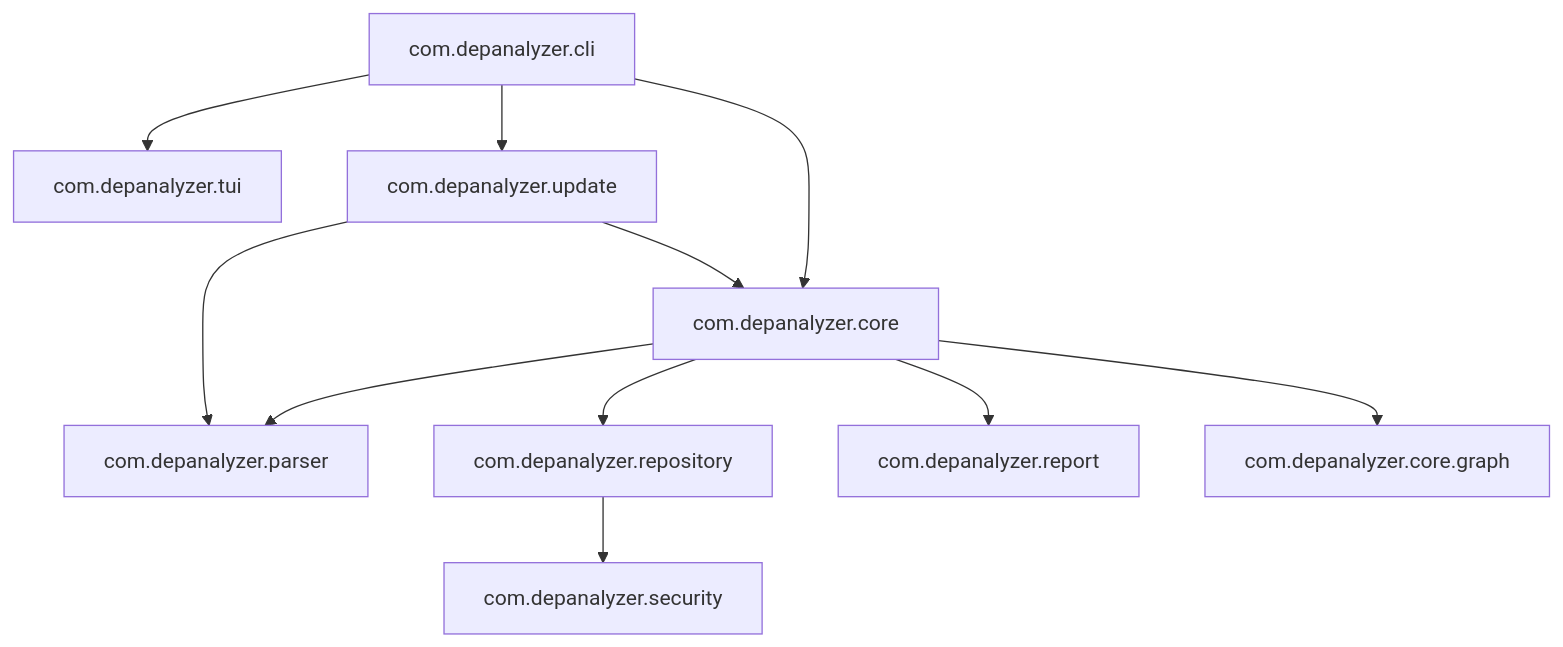
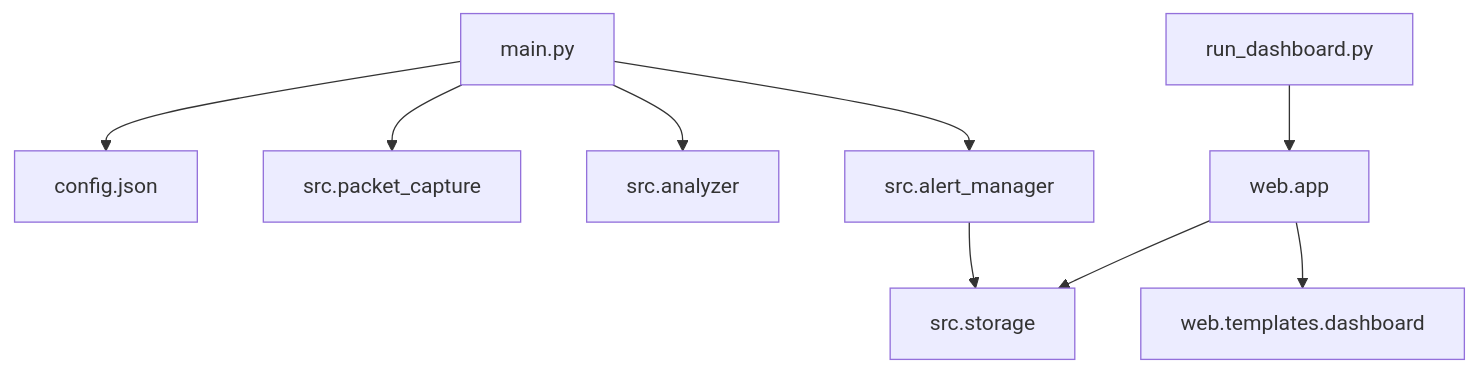
Before and after one commit to diegochara2019065026/proyecto-si784-2026-i-u1-ids: the fourth of 8 diagrams in docs/FD03-Informe-Especificación Requerimientos.md, drawn with Mermaid. The commit also changed other lines of this file, not shown here.

````diff
--- a/docs/FD03-Informe-Especificación Requerimientos.md
+++ b/docs/FD03-Informe-Especificación Requerimientos.md
@@ -283,13 +292,11 @@
 ```mermaid
 flowchart TD
-    CLI[com.depanalyzer.cli] --> CORE[com.depanalyzer.core]
-    CLI --> TUI[com.depanalyzer.tui]
-    CLI --> UPDATE[com.depanalyzer.update]
-    CORE --> PARSER[com.depanalyzer.parser]
-    CORE --> REPO[com.depanalyzer.repository]
-    CORE --> REPORT[com.depanalyzer.report]
-    CORE --> GRAPH[com.depanalyzer.core.graph]
-    UPDATE --> CORE
-    UPDATE --> PARSER
-    REPO --> SECURITY[com.depanalyzer.security]
+    MAIN[main.py] --> CONFIG[config.json]
+    MAIN --> CAPTURE[src.packet_capture]
+    MAIN --> ANALYZER[src.analyzer]
+    MAIN --> ALERTS[src.alert_manager]
+    ALERTS --> STORAGE[src.storage]
+    DASH[run_dashboard.py] --> WEB[web.app]
+    WEB --> STORAGE
+    WEB --> TEMPLATE[web.templates.dashboard]
 ```
````
